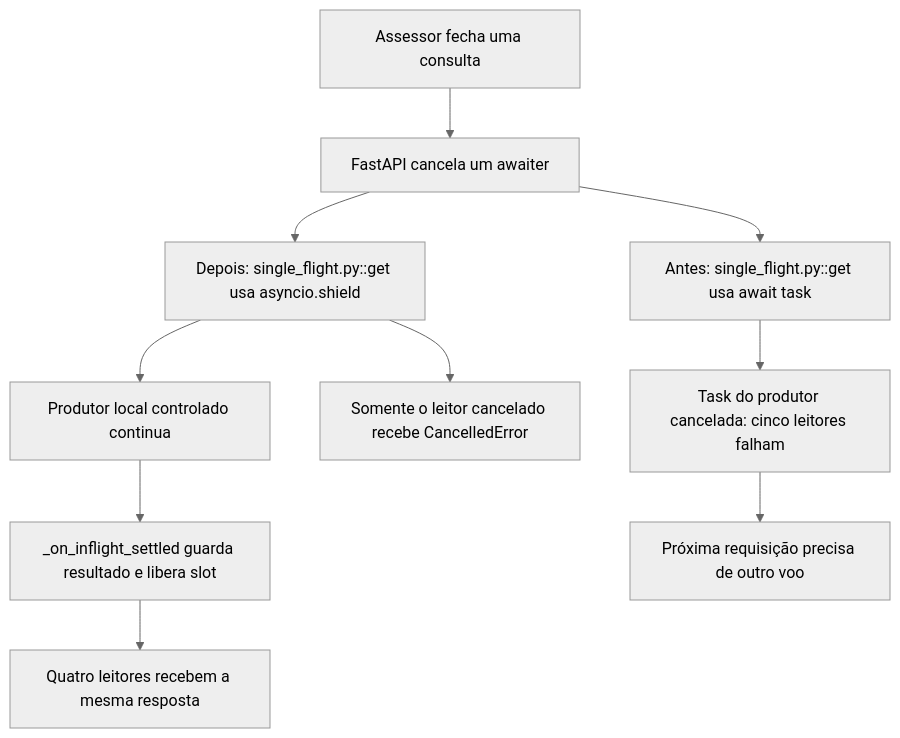
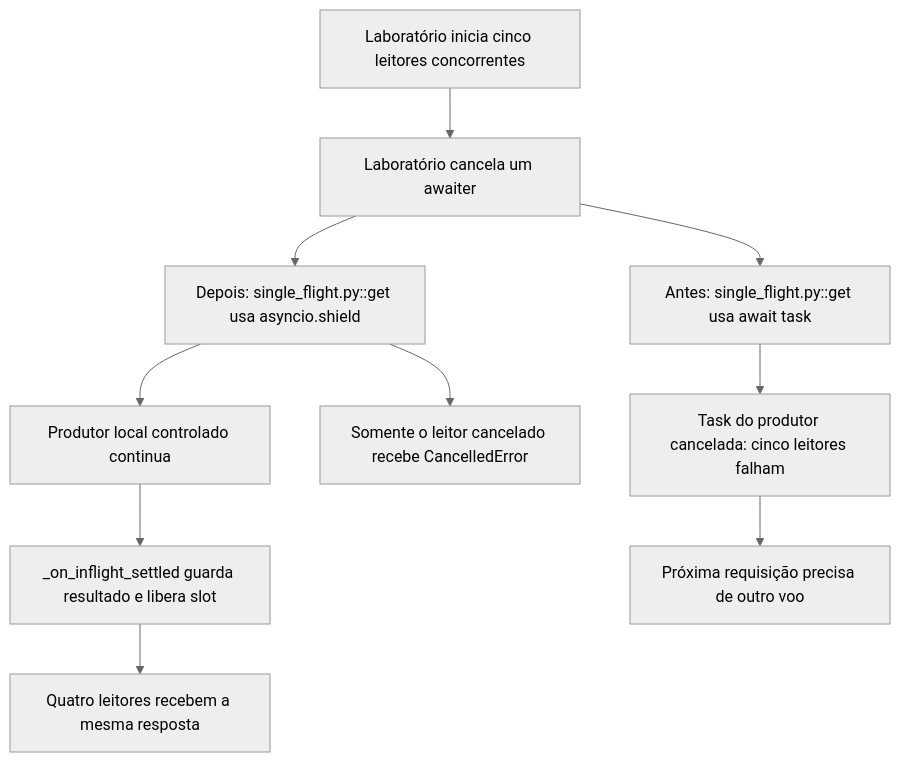
One commit to gutocarollo/architecture-system-eng-expert changed the diagram in content/explicacoes/casos/single-flight-cancel/index.mdx. Above: the diagram before and after it, drawn with Mermaid (neutral theme). The commit also changed other lines of this file and 145 other files, not shown here.

Commit message:
docs(wiki): publicar curso protegido e encerrar revisão dos diagramas (FBI-4991)

````diff
--- a/content/explicacoes/casos/single-flight-cancel/index.mdx
+++ b/content/explicacoes/casos/single-flight-cancel/index.mdx
@@ -23,12 +23,12 @@
 ```mermaid
 flowchart TD
-    U["Assessor fecha uma consulta"] --> C["FastAPI cancela um awaiter"]
+    U["Laboratório inicia cinco leitores concorrentes"] --> C["Laboratório cancela um awaiter"]
     C --> B["Antes: single_flight.py::get usa await task"]
     B --> X["Task do produtor cancelada: cinco leitores falham"]
     C --> A["Depois: single_flight.py::get usa asyncio.shield"]
     A --> O["Somente o leitor cancelado recebe CancelledError"]
     A --> P["Produtor local controlado continua"]
     P --> D["_on_inflight_settled guarda resultado e libera slot"]
     D --> R["Quatro leitores recebem a mesma resposta"]
     X --> N["Próxima requisição precisa de outro voo"]
 ```
````
